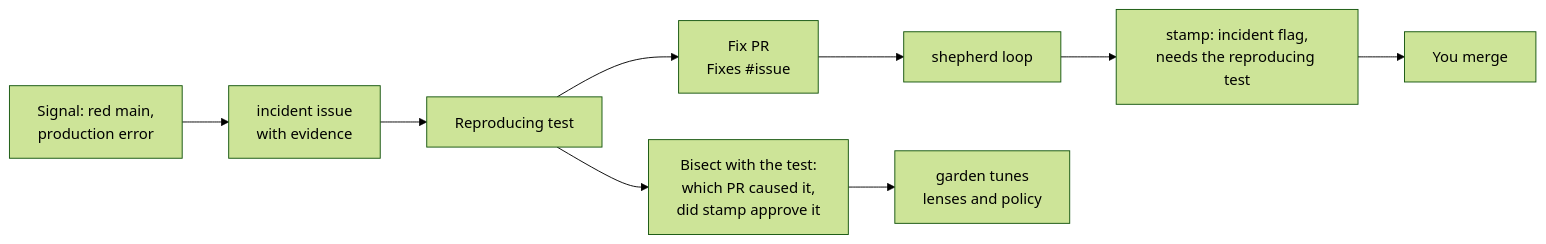
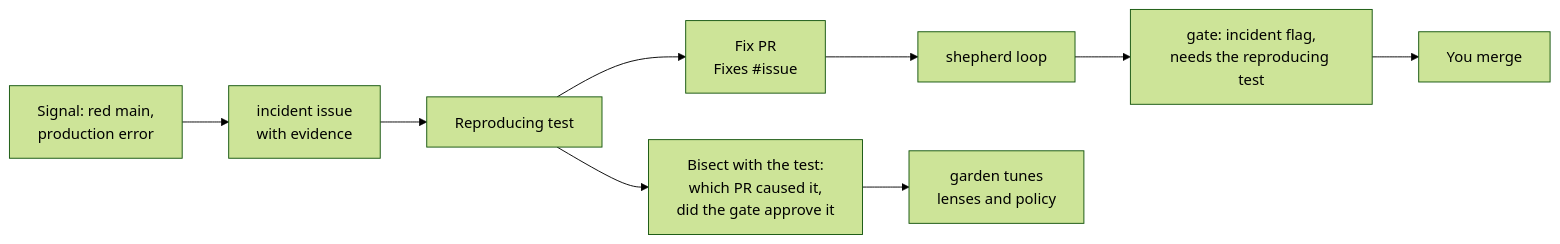
One commit to jagreehal/shepherd changed the diagram in docs/src/content/docs/guides/incidents.md. Above: the diagram before and after it, drawn with Mermaid (forest theme). The commit also changed other lines of this file and 160 other files, not shown here.

````diff
--- a/docs/src/content/docs/guides/incidents.md
+++ b/docs/src/content/docs/guides/incidents.md
@@ -7,11 +7,11 @@
 ```mermaid
 flowchart LR
     S[Signal: red main,<br/>production error] --> I[incident issue<br/>with evidence]
     I --> T[Reproducing test]
-    T --> B[Bisect with the test:<br/>which PR caused it,<br/>did stamp approve it]
+    T --> B[Bisect with the test:<br/>which PR caused it,<br/>did the gate approve it]
     T --> F[Fix PR<br/>Fixes #issue]
     F --> SH[shepherd loop]
-    SH --> ST[stamp: incident flag,<br/>needs the reproducing test]
+    SH --> ST[gate: incident flag,<br/>needs the reproducing test]
     ST --> M[You merge]
     B --> G[garden tunes<br/>lenses and policy]
 ```
````
